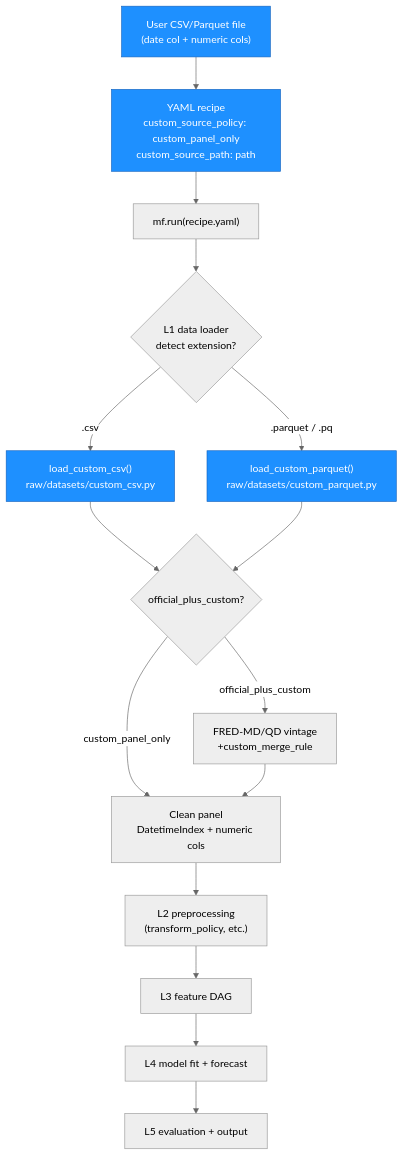
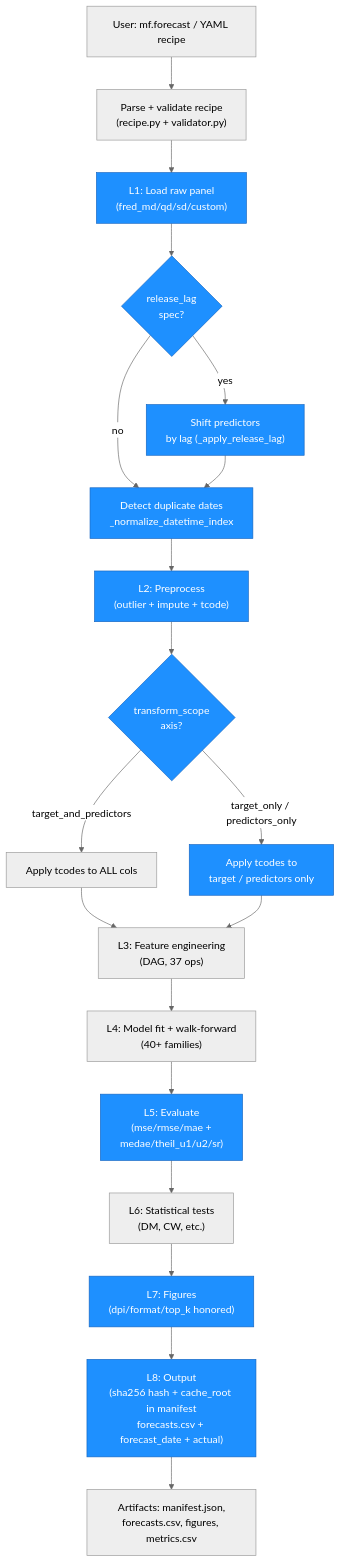
The third of 3 diagrams in ARCHITECTURE.md (NanyeonK/macroforecast), drawn with Mermaid before and after one commit. The commit also changed other lines of this file, not shown here.

First line of the commit message:
docs(arch): update ARCHITECTURE.md for Cycle 12 — P0+P1 fix bundle

````diff
--- a/ARCHITECTURE.md
+++ b/ARCHITECTURE.md
@@ -816,37 +232,51 @@
 ```mermaid
-%%{init: {"theme": "neutral"}}%%
+%%{init: {'theme': 'neutral'}}%%
 graph TD
-    CSV["User CSV/Parquet file<br/>(date col + numeric cols)"]
-    YAML["YAML recipe<br/>custom_source_policy: custom_panel_only<br/>custom_source_path: path"]
-    RUN["mf.run(recipe.yaml)"]
-    L1{"L1 data loader<br/>detect extension?"}
-    CSV_LOAD["load_custom_csv()<br/>raw/datasets/custom_csv.py"]
-    PQ_LOAD["load_custom_parquet()<br/>raw/datasets/custom_parquet.py"]
-    MERGE{"official_plus_custom?"}
-    FRED["FRED-MD/QD vintage<br/>+custom_merge_rule"]
-    PANEL["Clean panel<br/>DatetimeIndex + numeric cols"]
-    L2["L2 preprocessing<br/>(transform_policy, etc.)"]
-    L3["L3 feature DAG"]
-    L4["L4 model fit + forecast"]
-    L5["L5 evaluation + output"]
+    UserInput["User: mf.forecast / YAML recipe"]
+    Parse["Parse + validate recipe\n(recipe.py + validator.py)"]
+    L1["L1: Load raw panel\n(fred_md/qd/sd/custom)"]
+    ReleaseShift{"release_lag\nspec?"}
+    ShiftPredictors["Shift predictors\nby lag (_apply_release_lag)"]
+    DupCheck["Detect duplicate dates\n_normalize_datetime_index"]
+    L2["L2: Preprocess\n(outlier + impute + tcode)"]
+    ScopeGate{"transform_scope\naxis?"}
+    AllCols["Apply tcodes to ALL cols"]
+    SubsetCols["Apply tcodes to\ntarget / predictors only"]
+    L3["L3: Feature engineering\n(DAG, 37 ops)"]
+    L4["L4: Model fit + walk-forward\n(40+ families)"]
+    L5["L5: Evaluate\n(mse/rmse/mae +\nmedae/theil_u1/u2/sr)"]
+    L6["L6: Statistical tests\n(DM, CW, etc.)"]
+    L7["L7: Figures\n(dpi/format/top_k honored)"]
+    L8["L8: Output\n(sha256 hash + cache_root in manifest\nforecasts.csv + forecast_date + actual)"]
+    Artifacts["Artifacts: manifest.json,\nforecasts.csv, figures, metrics.csv"]
 
-    CSV --> YAML
-    YAML --> RUN
-    RUN --> L1
-    L1 -->|".csv"| CSV_LOAD
-    L1 -->|".parquet / .pq"| PQ_LOAD
-    CSV_LOAD --> MERGE
-    PQ_LOAD --> MERGE
-    MERGE -->|"custom_panel_only"| PANEL
-    MERGE -->|"official_plus_custom"| FRED
-    FRED --> PANEL
-    PANEL --> L2
-    L2 --> L3
+    UserInput --> Parse
+    Parse --> L1
+    L1 --> ReleaseShift
+    ReleaseShift -- yes --> ShiftPredictors
+    ReleaseShift -- no --> DupCheck
+    ShiftPredictors --> DupCheck
+    DupCheck --> L2
+    L2 --> ScopeGate
+    ScopeGate -- target_and_predictors --> AllCols
+    ScopeGate -- target_only / predictors_only --> SubsetCols
+    AllCols --> L3
+    SubsetCols --> L3
     L3 --> L4
     L4 --> L5
+    L5 --> L6
+    L6 --> L7
+    L7 --> L8
+    L8 --> Artifacts
 
-    style CSV fill:#1e90ff,stroke:#1565c0,color:#fff
-    style YAML fill:#1e90ff,stroke:#1565c0,color:#fff
-    style CSV_LOAD fill:#1e90ff,stroke:#1565c0,color:#fff
-    style PQ_LOAD fill:#1e90ff,stroke:#1565c0,color:#fff
+    style L1 fill:#1e90ff,stroke:#1565c0,color:#fff
+    style ReleaseShift fill:#1e90ff,stroke:#1565c0,color:#fff
+    style ShiftPredictors fill:#1e90ff,stroke:#1565c0,color:#fff
+    style DupCheck fill:#1e90ff,stroke:#1565c0,color:#fff
+    style L2 fill:#1e90ff,stroke:#1565c0,color:#fff
+    style ScopeGate fill:#1e90ff,stroke:#1565c0,color:#fff
+    style SubsetCols fill:#1e90ff,stroke:#1565c0,color:#fff
+    style L5 fill:#1e90ff,stroke:#1565c0,color:#fff
+    style L7 fill:#1e90ff,stroke:#1565c0,color:#fff
+    style L8 fill:#1e90ff,stroke:#1565c0,color:#fff
 ```
````
